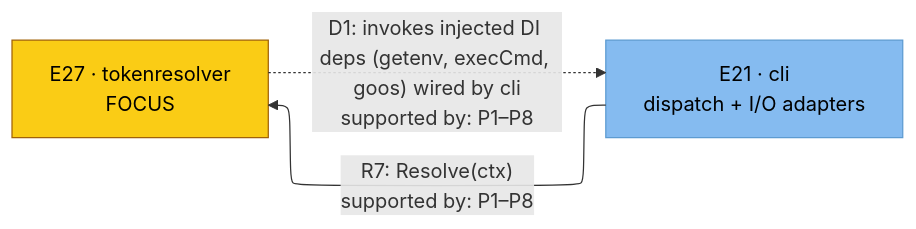
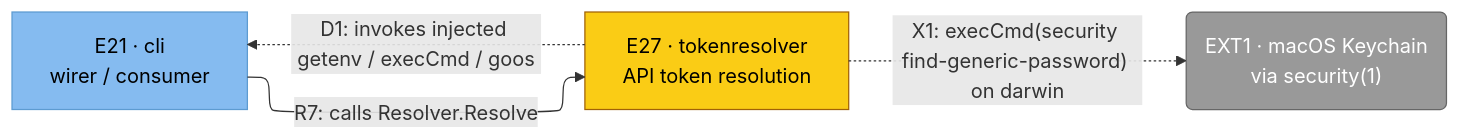
One commit to toejough/engram changed the diagram in architecture/c4/svg/c4-tokenresolver.mmd. Above: the diagram before and after it, drawn with Mermaid. The commit also changed 78 other files, not shown here.

```diff
--- a/architecture/c4/svg/c4-tokenresolver.mmd
+++ b/architecture/c4/svg/c4-tokenresolver.mmd
@@ -1,16 +1,19 @@
 %%{init: {'flowchart': {'defaultRenderer': 'elk'}}}%%
 flowchart LR
     classDef person      fill:#08427b,stroke:#052e56,color:#fff
     classDef external    fill:#999,   stroke:#666,   color:#fff
     classDef container   fill:#1168bd,stroke:#0b4884,color:#fff
     classDef component   fill:#85bbf0,stroke:#5d9bd1,color:#000
     classDef focus       fill:#facc15,stroke:#a16207,color:#000
 
-    e21[E21 · cli<br/>dispatch + I/O adapters]
-    e27[E27 · tokenresolver<br/>FOCUS]
+    e27["E27 · tokenresolver<br/>API token resolution"]
+    e21["E21 · cli<br/>wirer / consumer"]
+    ext1("EXT1 · macOS Keychain<br/>via security(1)")
 
-    e21 -->|"R7: Resolve(ctx)<br/>supported by: P1–P8"| e27
-    e27 -.->|"D1: invokes injected DI deps (getenv, execCmd, goos) wired by cli<br/>supported by: P1–P8"| e21
+    e21 -->|"R7: calls Resolver.Resolve"| e27
+    e27 -.->|"D1: invokes injected getenv / execCmd / goos"| e21
+    e27 -.->|"X1: execCmd(security find-generic-password) on darwin"| ext1
 
+    class ext1 external
     class e21 component
     class e27 focus
```
